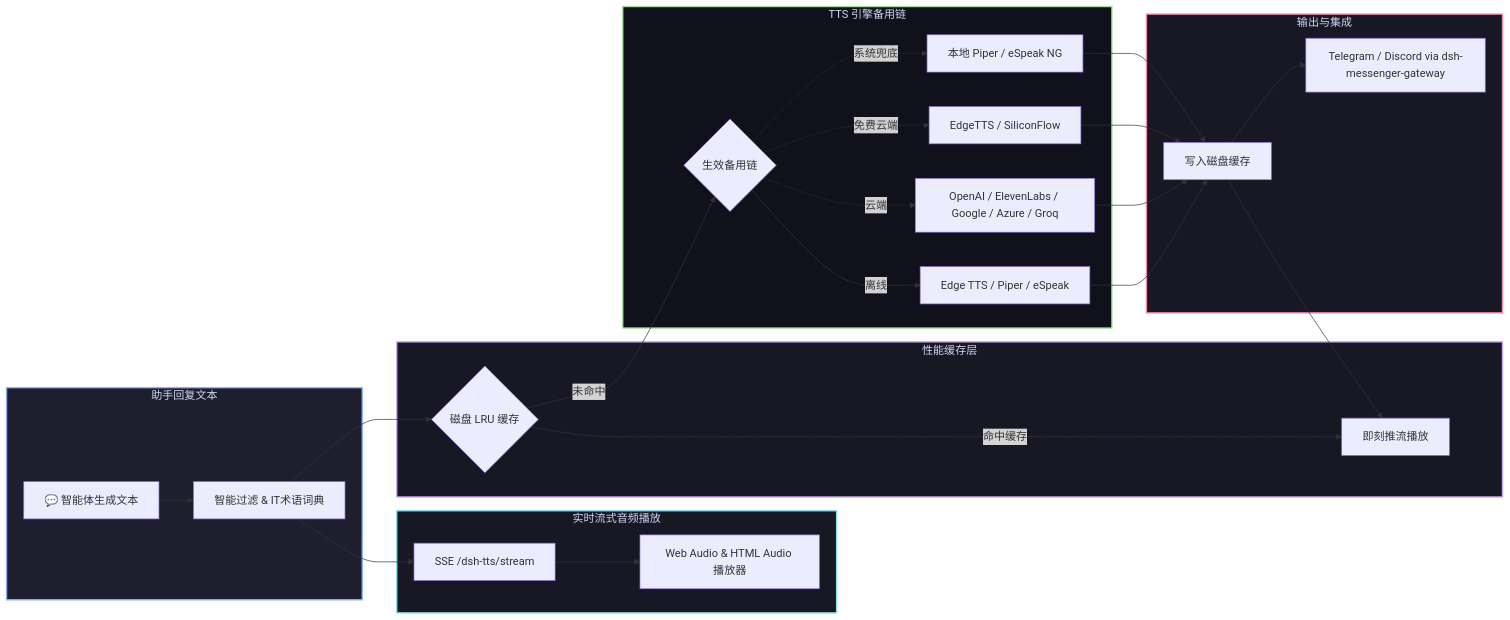
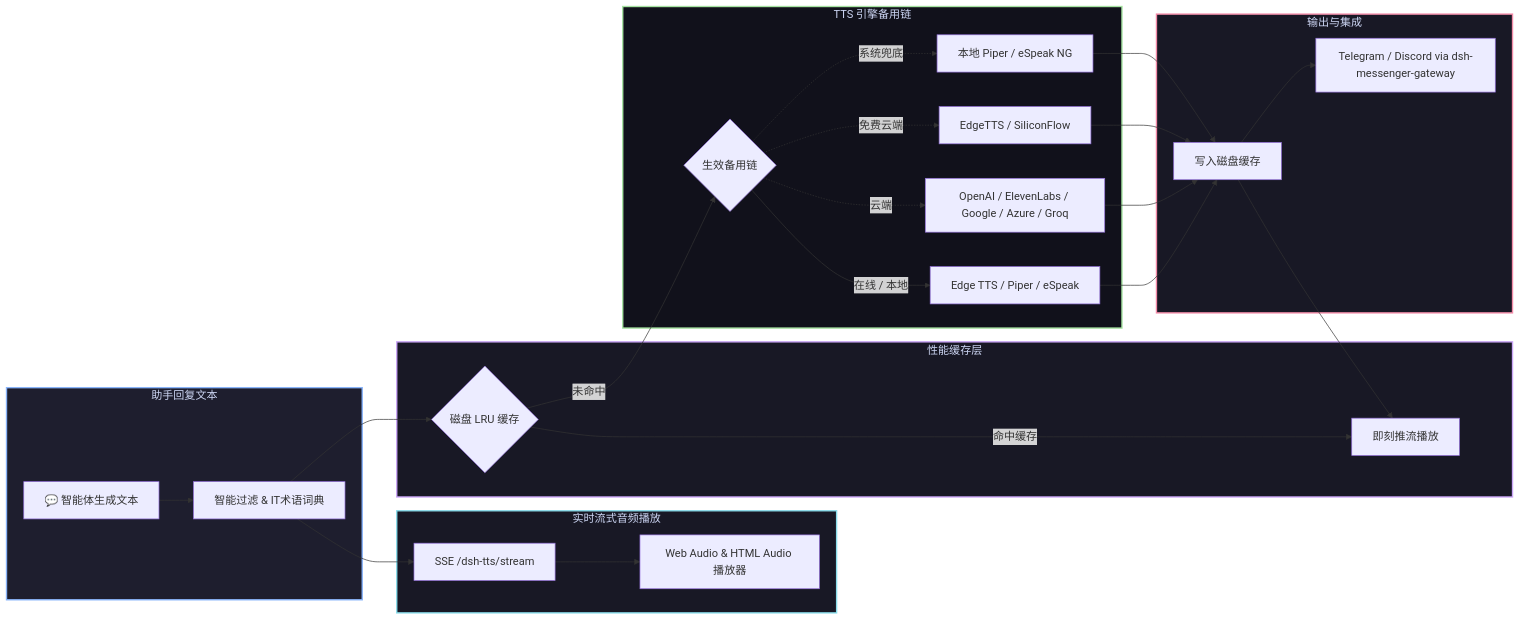
Before and after one commit to GooDAnDReaDY/dsh-tts: the diagram in README.zh.md, drawn with Mermaid. The commit also changed other lines of this file and 10 other files, not shown here.

````diff
--- a/README.zh.md
+++ b/README.zh.md
@@ -44,39 +44,39 @@
 ```mermaid
 graph LR
     subgraph Input [助手回复文本]
         Reply[💬 智能体生成文本] --> Scrub[智能过滤 & IT术语词典]
     end
 
     subgraph Stream [实时流式音频播放]
         Scrub --> SSE[SSE /dsh-tts/stream]
         SSE --> Player[Web Audio & HTML Audio 播放器]
     end
 
     subgraph Cache [性能缓存层]
         Scrub --> LRU{磁盘 LRU 缓存}
         LRU -->|命中缓存| Play[即刻推流播放]
     end
 
     subgraph Fallback [TTS 引擎备用链]
         LRU -->|未命中| Chain{生效备用链}
-        Chain -->|离线| P1[Edge TTS / Piper / eSpeak]
+        Chain -->|在线 / 本地| P1[Edge TTS / Piper / eSpeak]
         Chain -.->|云端| P2[OpenAI / ElevenLabs / Google / Azure / Groq]
         Chain -.->|免费云端| P3[EdgeTTS / SiliconFlow]
         Chain -.->|系统兜底| P4[本地 Piper / eSpeak NG]
     end
 
     subgraph Output [输出与集成]
         P1 --> Store[写入磁盘缓存]
         P2 --> Store
         P3 --> Store
         P4 --> Store
         Store --> Play
         Store --> Msg[Telegram / Discord via dsh-messenger-gateway]
     end
 
     style Input fill:#1e1e2e,stroke:#89b4fa,stroke-width:2px,color:#cdd6f4
     style Stream fill:#181825,stroke:#89dceb,stroke-width:2px,color:#cdd6f4
     style Cache fill:#181825,stroke:#cba6f7,stroke-width:2px,color:#cdd6f4
     style Fallback fill:#11111b,stroke:#a6e3a1,stroke-width:2px,color:#cdd6f4
     style Output fill:#181825,stroke:#f38ba8,stroke-width:2px,color:#cdd6f4
 ```
````
